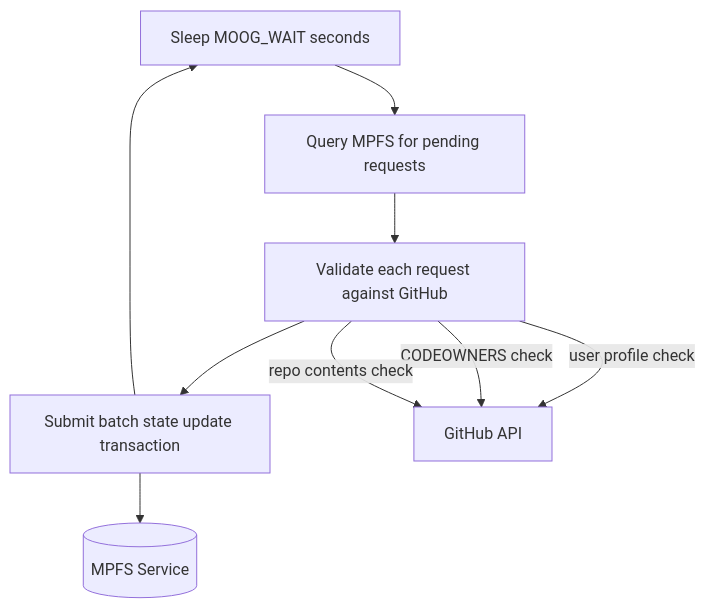
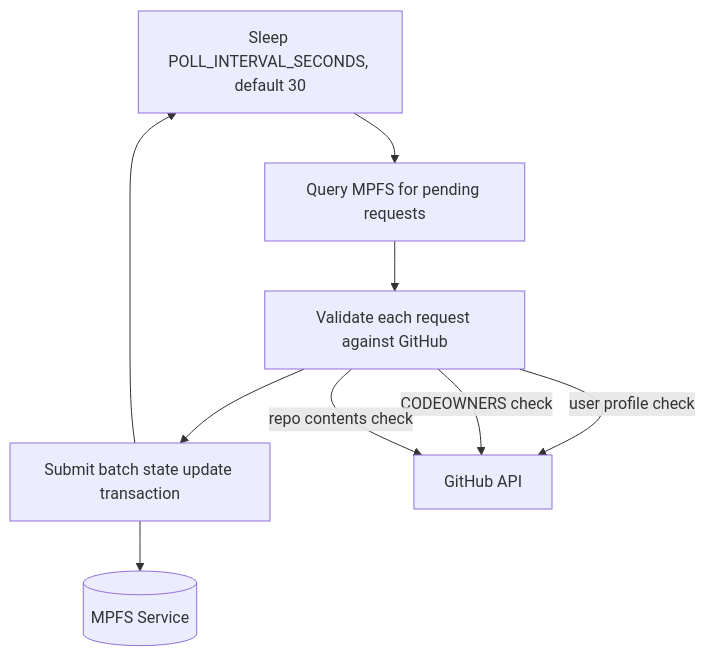
Before and after one commit to cardano-foundation/moog: the diagram in docs/ops/oracle-role.md, drawn with Mermaid. The commit also changed other lines of this file and 9 other files, not shown here.

````diff
--- a/docs/ops/oracle-role.md
+++ b/docs/ops/oracle-role.md
@@ -7,12 +7,12 @@
 ```mermaid
 flowchart TB
-    sleep[Sleep MOOG_WAIT seconds] --> poll[Query MPFS for pending requests]
+    sleep[Sleep POLL_INTERVAL_SECONDS, default 30] --> poll[Query MPFS for pending requests]
     poll --> validate[Validate each request against GitHub]
     validate --> submit[Submit batch state update transaction]
     submit --> sleep
 
     validate -->|user profile check| GH[GitHub API]
     validate -->|CODEOWNERS check| GH
     validate -->|repo contents check| GH
     submit --> MPFS[(MPFS Service)]
 ```
````
